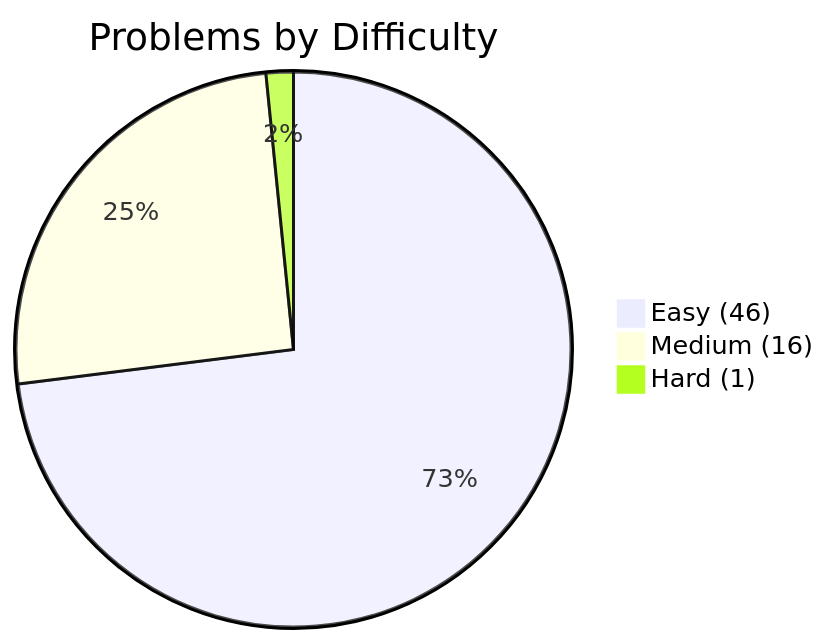
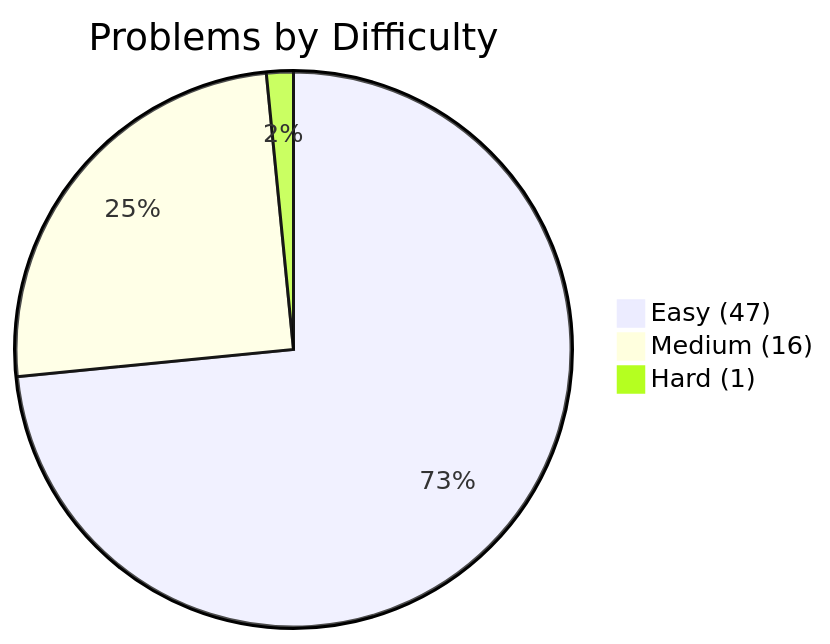
Before and after one commit to kanishk-procoder/leetcode-grind: the first of 2 diagrams in PROGRESS.md, drawn with Mermaid. The commit also changed other lines of this file and 4 other files, not shown here.

````diff
--- a/PROGRESS.md
+++ b/PROGRESS.md
@@ -5,6 +5,6 @@
 ```mermaid
 pie title Problems by Difficulty
-    "Easy (46)" : 46
+    "Easy (47)" : 47
     "Medium (16)" : 16
     "Hard (1)" : 1
 ```
````
